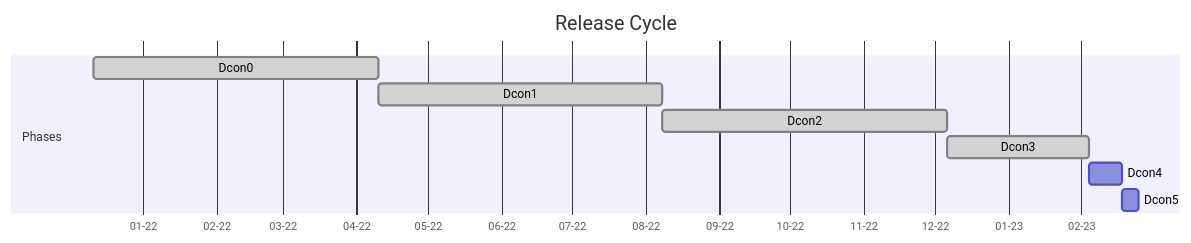
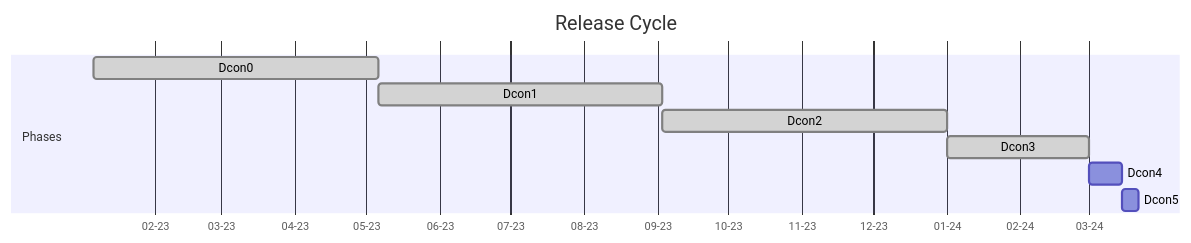
One commit to darkrenaissance/darkfi changed the diagram in doc/src/arch/arch.md. Above: the diagram before and after it, drawn with Mermaid.

Commit message:
book arch.md: update dcon release cycle dates

````diff
--- a/doc/src/arch/arch.md
+++ b/doc/src/arch/arch.md
@@ -25,13 +25,13 @@
 ```mermaid
 gantt
     title Release Cycle
     dateFormat  DD-MM-YYYY
     axisFormat  %m-%y
     section Phases
-    Dcon0            :done, d0, 11-12-2021, 120d
+    Dcon0            :done, d0, 06-01-2023, 120d
     Dcon1            :done, d1, after d0,   120d
     Dcon2            :done, d2, after d1,   120d
     Dcon3            :done, d3, after d2,   60d
     Dcon4            :      d4, after d3,   14d
     Dcon5            :      d5, after d4,   7d
 ```
````
